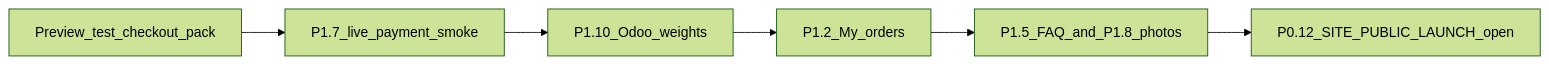
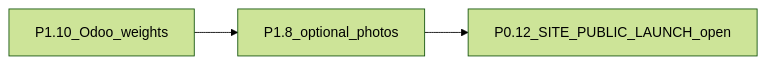
Before and after one commit to Tiago-Domingues/jhonny_ai: the diagram in docs/website-launch-status.md, drawn with Mermaid (forest theme). The commit also changed other lines of this file and 1 other file, not shown here.

First line of the commit message:
Mark My orders, FAQ, verify, rate limits, and payment smoke done.

````diff
--- a/docs/website-launch-status.md
+++ b/docs/website-launch-status.md
@@ -195,10 +192,7 @@
 ```mermaid
 flowchart LR
-  preview[Preview_test_checkout_pack]
-  pay[P1.7_live_payment_smoke]
   weights[P1.10_Odoo_weights]
-  orders[P1.2_My_orders]
-  polish[P1.5_FAQ_and_P1.8_photos]
+  photos[P1.8_optional_photos]
   open[P0.12_SITE_PUBLIC_LAUNCH_open]
-  preview --> pay --> weights --> orders --> polish --> open
+  weights --> photos --> open
 ```
````
